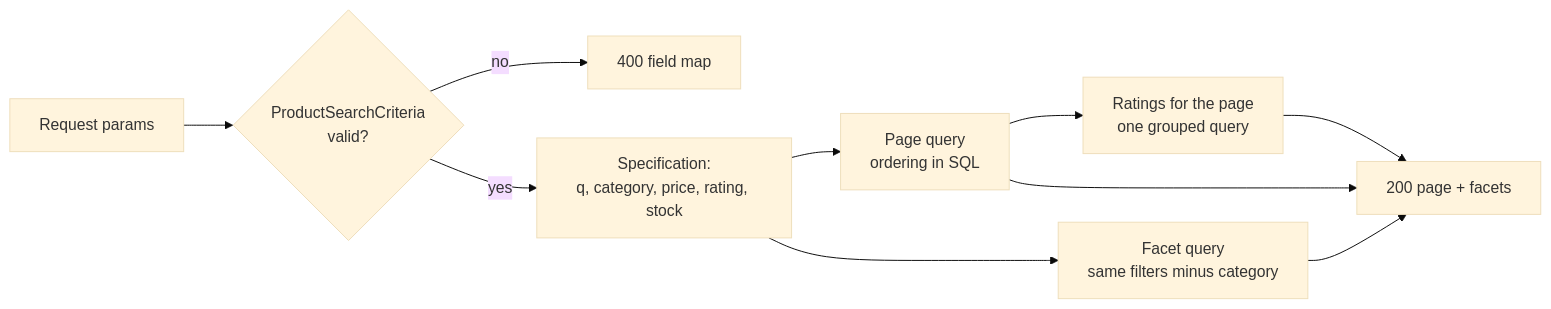
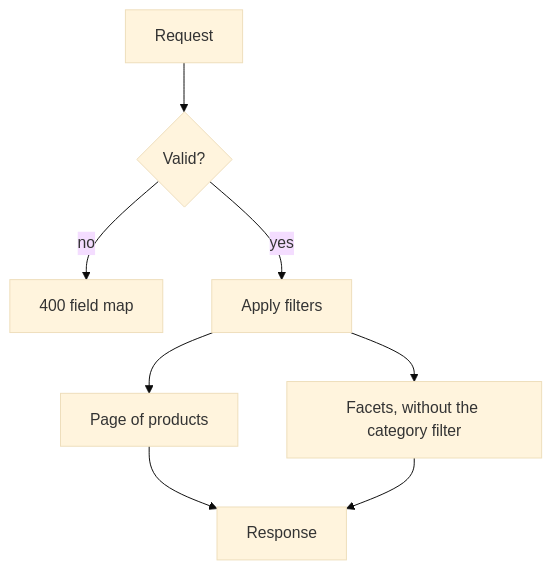
One commit to slawekradzyminski/awesome-localstack changed the diagram in docs-site/docs/flows/catalog-search.md. Above: the diagram before and after it, drawn with Mermaid (base theme). The commit also changed 27 other files, not shown here.

First line of the commit message:
Fix unrendered wiki diagrams and make every diagram readable

````diff
--- a/docs-site/docs/flows/catalog-search.md
+++ b/docs-site/docs/flows/catalog-search.md
@@ -74,10 +74,10 @@
 ```mermaid
-flowchart LR
-    R[Request params] --> V{ProductSearchCriteria<br/>valid?}
+flowchart TB
+    R[Request] --> V{Valid?}
     V -- no --> E[400 field map]
-    V -- yes --> S[Specification:<br/>q, category, price, rating, stock]
-    S --> P[Page query<br/>ordering in SQL]
-    S --> X[Facet query<br/>same filters minus category]
-    P --> RT[Ratings for the page<br/>one grouped query]
-    P & X & RT --> J[200 page + facets]
+    V -- yes --> F[Apply filters]
+    F --> P[Page of products]
+    F --> X[Facets, without the category filter]
+    P --> J[Response]
+    X --> J
 ```
````
